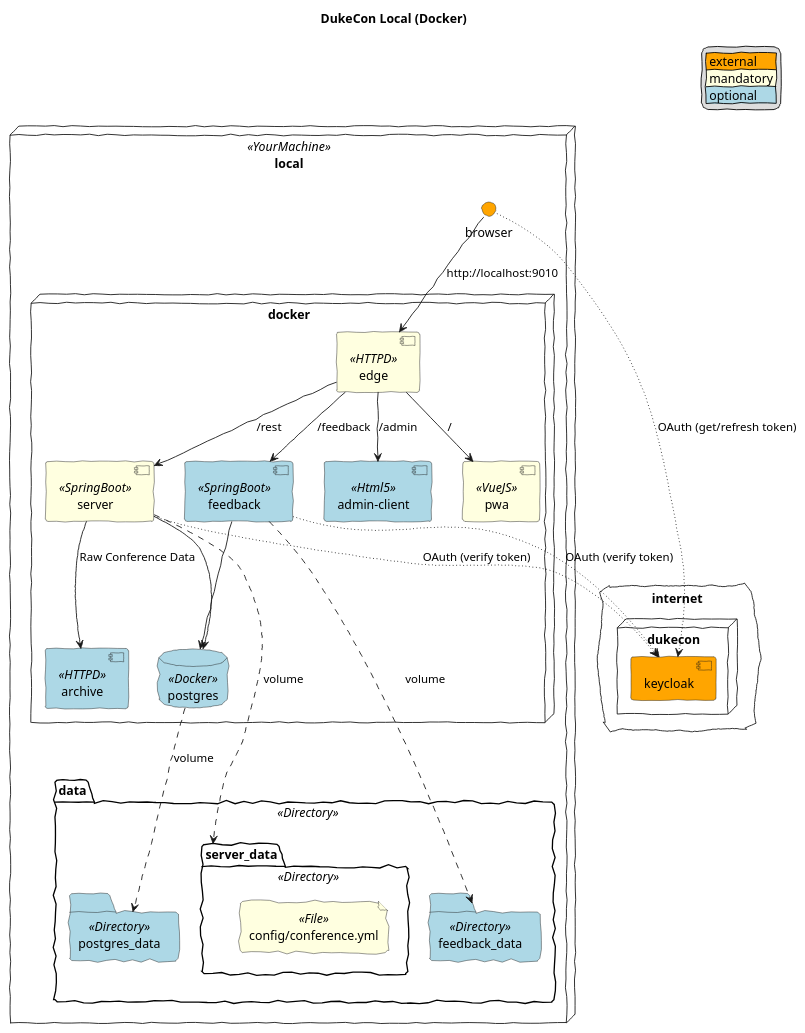
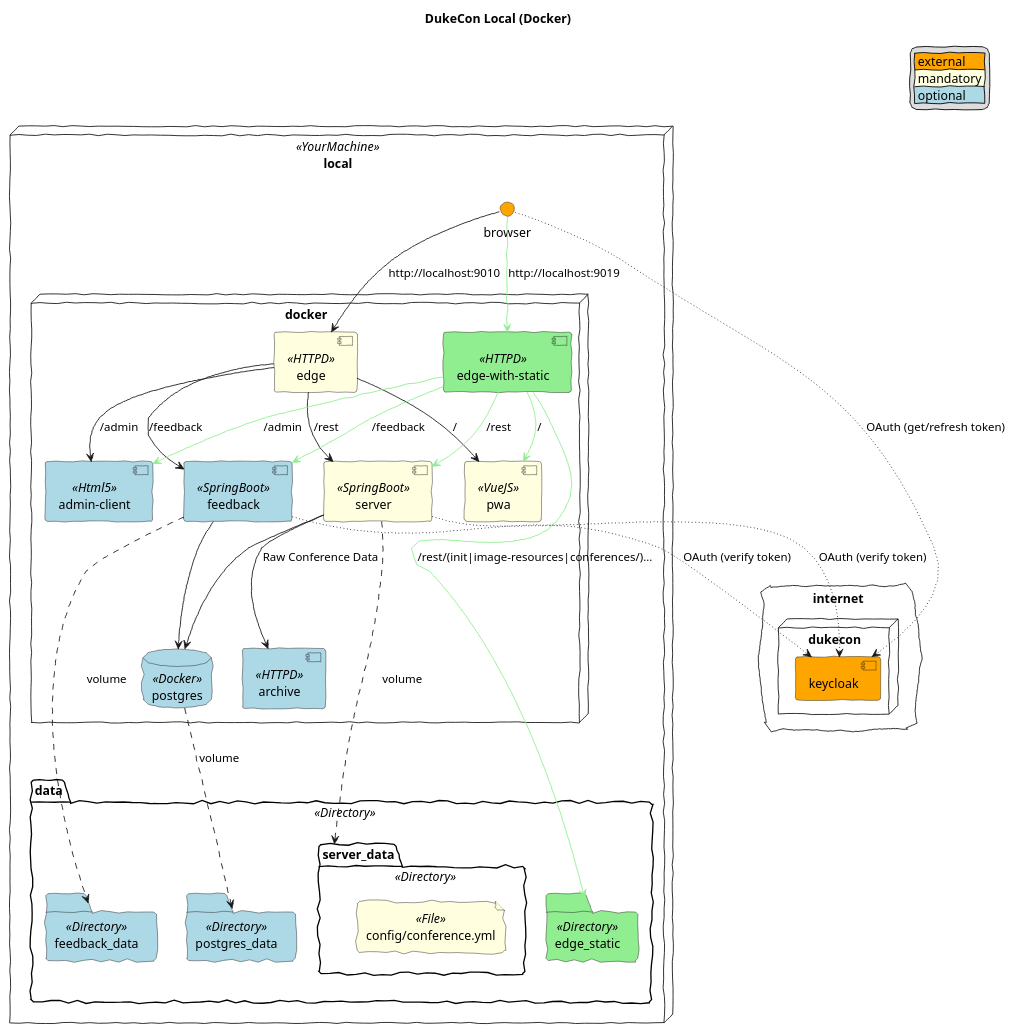
One commit to dukecon/dukecon_local changed the diagram in src/main/asciidoc/images/deployment.puml. Above: the diagram before and after it, drawn with PlantUML. The commit also changed 3 other files, not shown here.

Commit message:
Add extended edge service with static data

```diff
--- a/src/main/asciidoc/images/deployment.puml
+++ b/src/main/asciidoc/images/deployment.puml
@@ -1,60 +1,69 @@
 @startuml
 'skinparam linetype ortho
 skinparam handwritten true
 
 title DukeCon Local (Docker)
 
 legend top right
 '|= Types |
 |<#orange> external |
 |<#lightyellow> mandatory |
 |<#lightblue> optional |
 endlegend
 
 node local <<YourMachine>> {
     interface browser #orange
 
     node docker {
         component edge <<HTTPD>> #lightyellow
+        component "edge-with-static" as extended_edge <<HTTPD>> #lightgreen
         component pwa <<VueJS>> #lightyellow
         component server <<SpringBoot>> #lightyellow
         component archive <<HTTPD>> #lightblue
         component feedback <<SpringBoot>> #lightblue
         component "admin-client" <<Html5>> as admin #lightblue
         database postgres <<Docker>> #lightblue
     }
 
     folder data <<Directory>> {
         folder server_data <<Directory>> {
             file "config/conference.yml" <<File>> #lightyellow
         }
         folder feedback_data <<Directory>> #lightblue
         folder postgres_data <<Directory>> #lightblue
+        folder edge_static <<Directory>> #lightgreen
     }
 
     browser --> edge : "http://localhost:9010"
     edge --> pwa : "/"
     edge --> server : "/rest"
     edge --> feedback : "/feedback"
     edge --> admin : "/admin"
+
+    browser --> extended_edge #lightgreen : "http://localhost:9019"
+    extended_edge --> pwa #lightgreen : "/"
+    extended_edge --> server #lightgreen : "/rest"
+    extended_edge --> feedback #lightgreen : "/feedback"
+    extended_edge --> admin #lightgreen : "/admin"
+    extended_edge --> edge_static #lightgreen : "/rest/(init|image-resources|conferences/)..."
 
     server --> archive : "Raw Conference Data"
     server --> postgres
     feedback --> postgres
 
     feedback .-> feedback_data : volume
     server .-> server_data : volume
     postgres .-> postgres_data : volume
 }
 
 cloud internet {
     node dukecon {
         component keycloak #orange
     }
 }
 
 browser -[dotted]-> keycloak : OAuth (get/refresh token)
 server -[dotted]-> keycloak : OAuth (verify token)
 feedback -[dotted]-> keycloak : OAuth (verify token)
 
 @enduml
```
